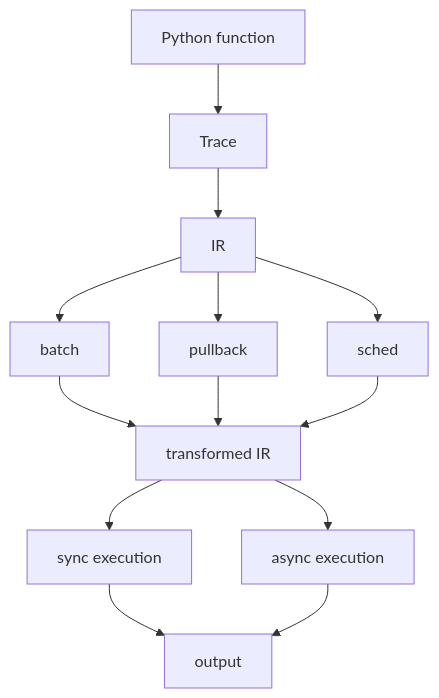
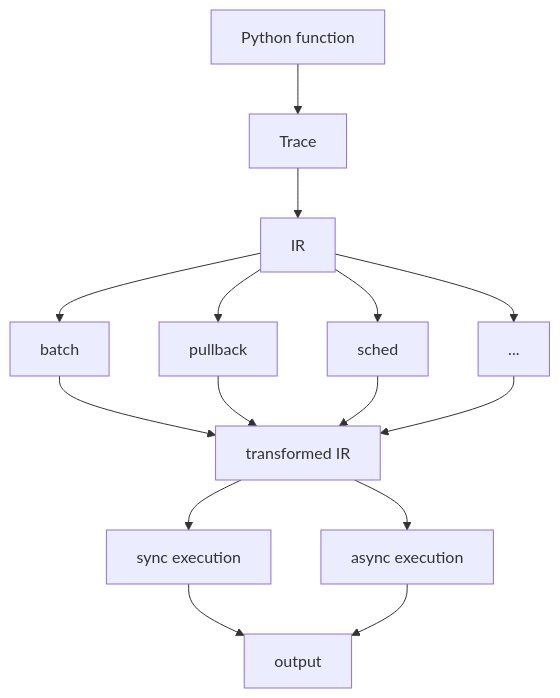
The second of 2 diagrams in docs/concepts/trace-ir-execute.md (ASEM000/autoform), drawn with Mermaid before and after one commit.

Commit message:
docs: mermaid edit for more transforms

````diff
--- a/docs/concepts/trace-ir-execute.md
+++ b/docs/concepts/trace-ir-execute.md
@@ -125,15 +125,17 @@
 ```{mermaid}
 flowchart TD
     func["Python function"] --> trace_step["Trace"]
     trace_step --> ir["IR"]
     ir --> batch_step["batch"]
     ir --> pullback_step["pullback"]
     ir --> sched_step["sched"]
+    ir --> more_transforms["..."]
     batch_step --> transformed_ir["transformed IR"]
     pullback_step --> transformed_ir
     sched_step --> transformed_ir
+    more_transforms --> transformed_ir
     transformed_ir --> sync_exec["sync execution"]
     transformed_ir --> async_exec["async execution"]
     sync_exec --> output["output"]
     async_exec --> output
 ```
````
